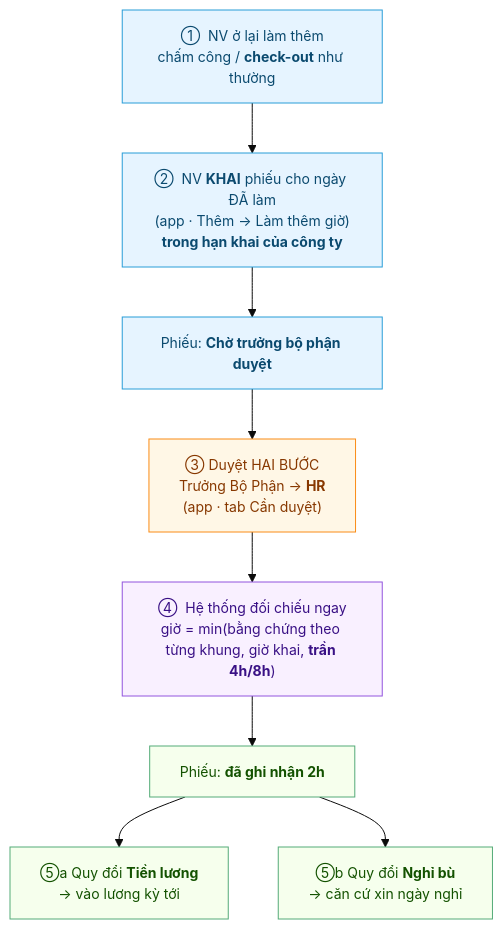
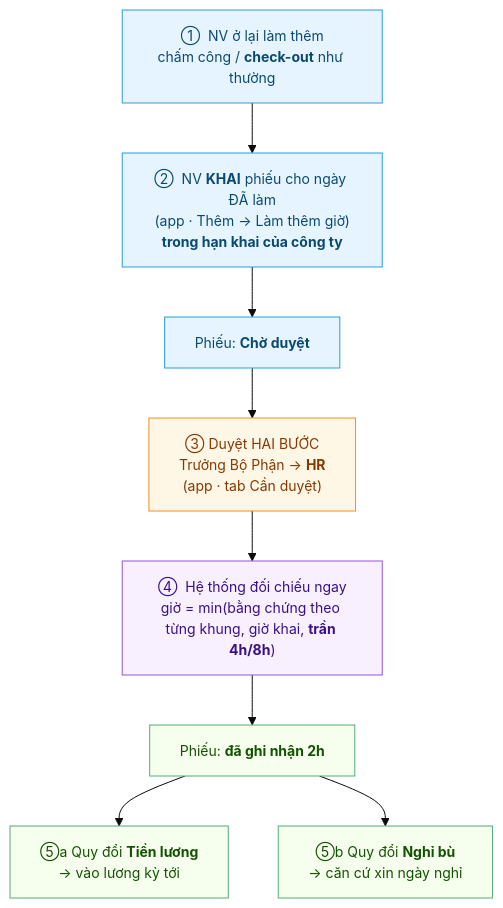
Before and after one commit to CobeGroup/cobe_erp_documents: the diagram in users/Hanh-Trinh-OT.md, drawn with Mermaid. The commit also changed other lines of this file and 9 other files, not shown here.

````diff
--- a/users/Hanh-Trinh-OT.md
+++ b/users/Hanh-Trinh-OT.md
@@ -32,19 +32,19 @@
 ```mermaid
 %%{init:{'theme':'base','themeVariables':{'fontSize':'14px'}}}%%
 flowchart TB
   classDef nv fill:#e6f4ff,stroke:#299dd8,color:#0b4a6f;
   classDef mg fill:#fff7e6,stroke:#fa8c16,color:#873800;
   classDef sys fill:#f9f0ff,stroke:#9254de,color:#391085;
   classDef ok fill:#f6ffed,stroke:#54ab78,color:#135200;
   A["①  NV ở lại làm thêm<br/>chấm công / <b>check-out</b> như thường"]:::nv
   B["②  NV <b>KHAI</b> phiếu cho ngày ĐÃ làm<br/>(app · Thêm → Làm thêm giờ)<br/><b>trong hạn khai của công ty</b>"]:::nv
-  C["Phiếu: <b>Chờ trưởng bộ phận duyệt</b>"]:::nv
+  C["Phiếu: <b>Chờ duyệt</b>"]:::nv
   D["③  Duyệt HAI BƯỚC<br/>Trưởng Bộ Phận → <b>HR</b><br/>(app · tab Cần duyệt)"]:::mg
   E["④  Hệ thống đối chiếu ngay<br/>giờ = min(bằng chứng theo từng khung, giờ khai, <b>trần 4h/8h</b>)"]:::sys
   F["Phiếu: <b>đã ghi nhận 2h</b>"]:::ok
   G["⑤a  Quy đổi <b>Tiền lương</b><br/>→ vào lương kỳ tới"]:::ok
   H["⑤b  Quy đổi <b>Nghỉ bù</b><br/>→ căn cứ xin ngày nghỉ"]:::ok
   A --> B --> C --> D --> E --> F
   F --> G
   F --> H
 ```
````
